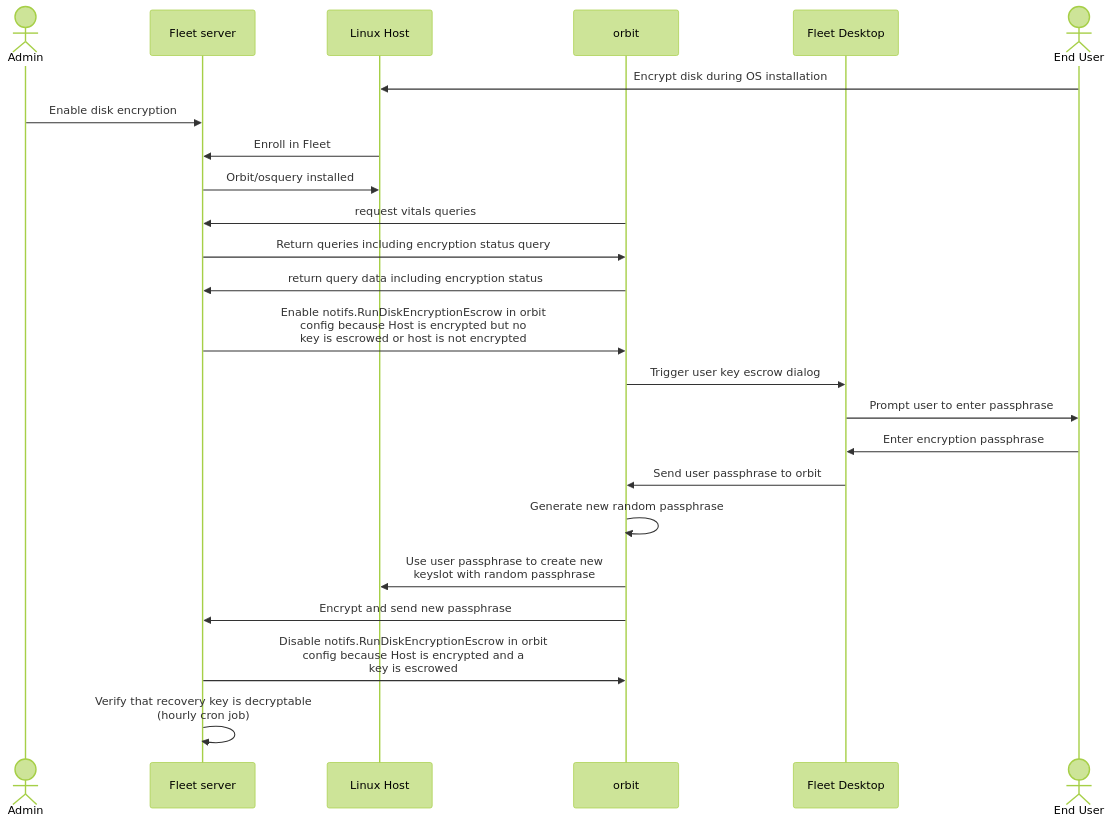
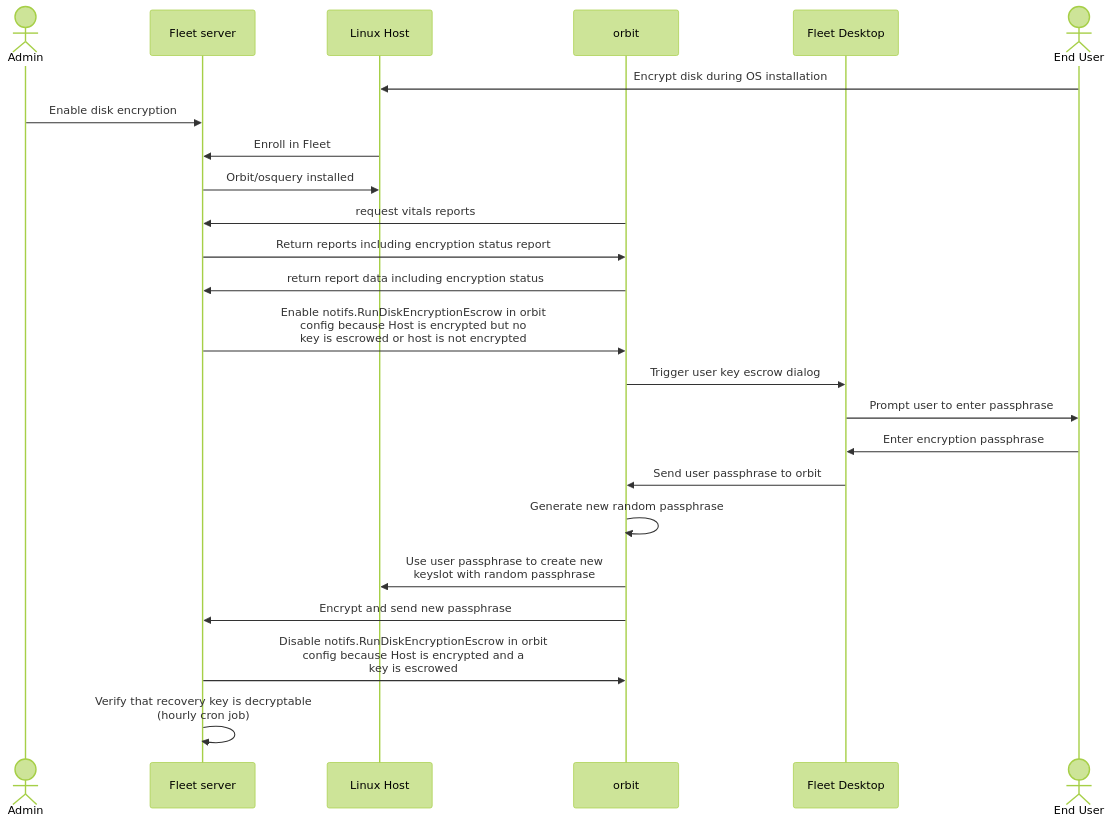
The fourth of 4 diagrams in docs/Contributing/architecture/mdm/disk-encryption.md (fleetdm/fleet), drawn with Mermaid (forest theme) before and after one commit. The commit also changed other lines of this file and 48 other files, not shown here.

First line of the commit message:
Update reference docs for teams→fleets and queries→reports rename

````diff
--- a/docs/Contributing/architecture/mdm/disk-encryption.md
+++ b/docs/Contributing/architecture/mdm/disk-encryption.md
@@ -187,26 +187,26 @@
 ```mermaid
 sequenceDiagram
         actor Admin
         participant fleet as Fleet server
         participant host as Linux Host
         participant fleetd as orbit
         participant desktop as Fleet Desktop
         actor user as End User
         user->>host: Encrypt disk during OS installation
         Admin->>fleet: Enable disk encryption
         host->>fleet: Enroll in Fleet
         fleet->>host: Orbit/osquery installed
-        fleetd->>fleet: request vitals queries
-        fleet->>fleetd: Return queries including encryption status query
-        fleetd->>fleet: return query data including encryption status
+        fleetd->>fleet: request vitals reports
+        fleet->>fleetd: Return reports including encryption status report
+        fleetd->>fleet: return report data including encryption status
         fleet->>fleetd: Enable notifs.RunDiskEncryptionEscrow in orbit<br>config because Host is encrypted but no<br>key is escrowed or host is not encrypted
         fleetd->>desktop: Trigger user key escrow dialog
         desktop->>user: Prompt user to enter passphrase
         user->>desktop: Enter encryption passphrase
         desktop->>fleetd: Send user passphrase to orbit
         fleetd->>fleetd: Generate new random passphrase
         fleetd->>host: Use user passphrase to create new<br>keyslot with random passphrase
         fleetd->>fleet: Encrypt and send new passphrase
         fleet->>fleetd: Disable notifs.RunDiskEncryptionEscrow in orbit<br>config because Host is encrypted and a<br>key is escrowed
         fleet->>fleet: Verify that recovery key is decryptable<br>(hourly cron job)
 ```
````
